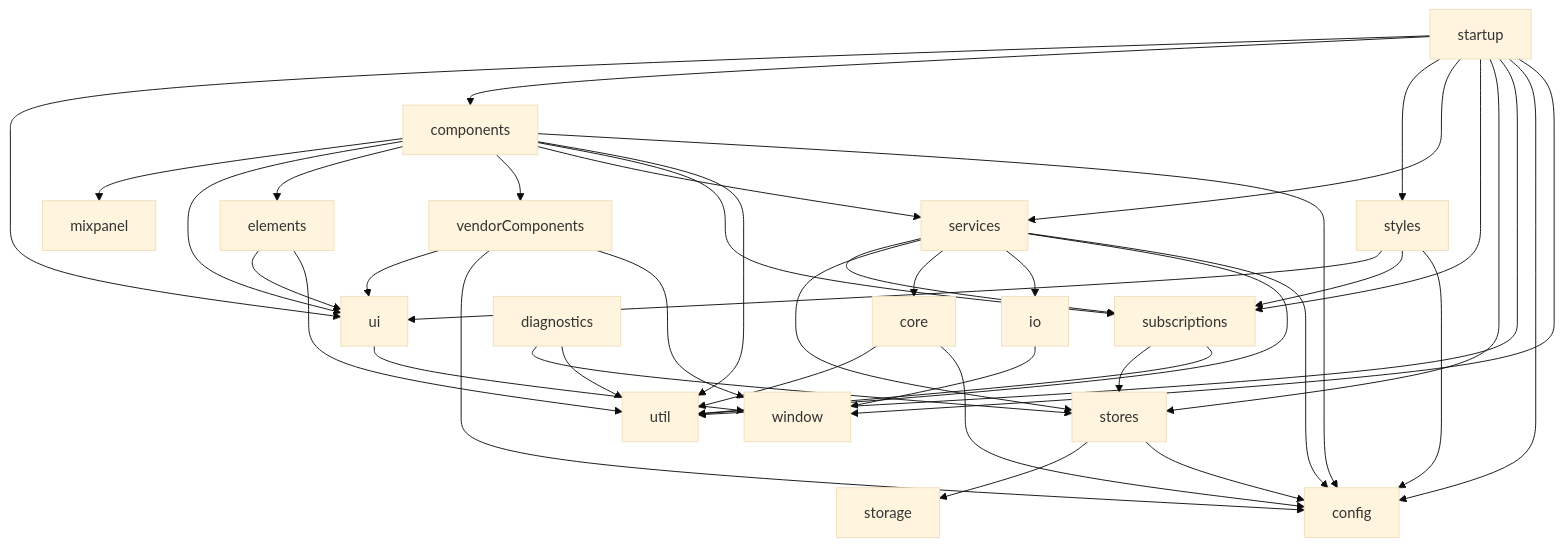
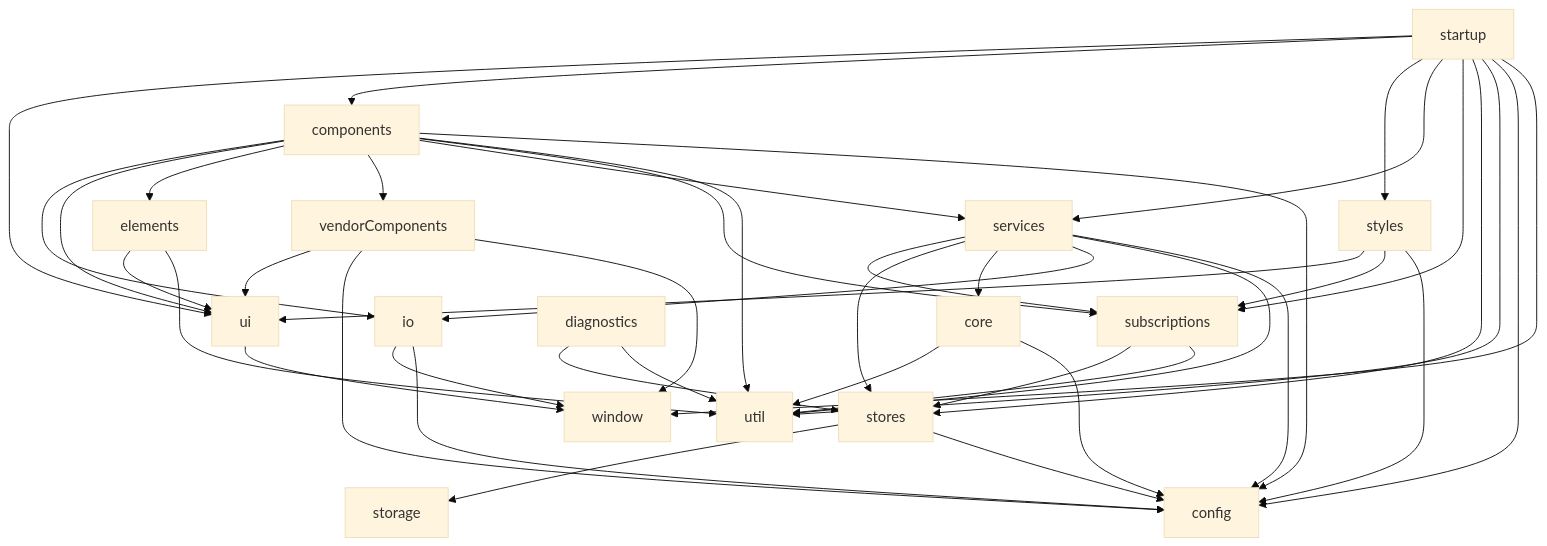
Before and after one commit to mattriley/node-module-composer: the sixth of 6 diagrams in README.md, drawn with Mermaid (base theme). The commit also changed other lines of this file and 1 other file, not shown here.

````diff
--- a/README.md
+++ b/README.md
@@ -622,44 +597,45 @@
 ```mermaid
 graph TD;
-    components-->mixpanel;
+    components-->io;
     components-->ui;
     components-->elements;
     components-->vendorComponents;
     components-->services;
     components-->subscriptions;
     components-->util;
     components-->config;
     core-->util;
     core-->config;
     diagnostics-->stores;
     diagnostics-->util;
     elements-->ui;
     elements-->util;
     io-->window;
+    io-->config;
     services-->subscriptions;
     services-->stores;
     services-->core;
     services-->io;
     services-->util;
     services-->config;
     startup-->ui;
     startup-->components;
     startup-->styles;
     startup-->services;
     startup-->subscriptions;
     startup-->stores;
     startup-->util;
     startup-->config;
     startup-->window;
     stores-->storage;
     stores-->config;
     styles-->ui;
     styles-->subscriptions;
     styles-->config;
     subscriptions-->stores;
     subscriptions-->util;
     ui-->window;
     vendorComponents-->ui;
     vendorComponents-->config;
     vendorComponents-->window;
 ```
````
